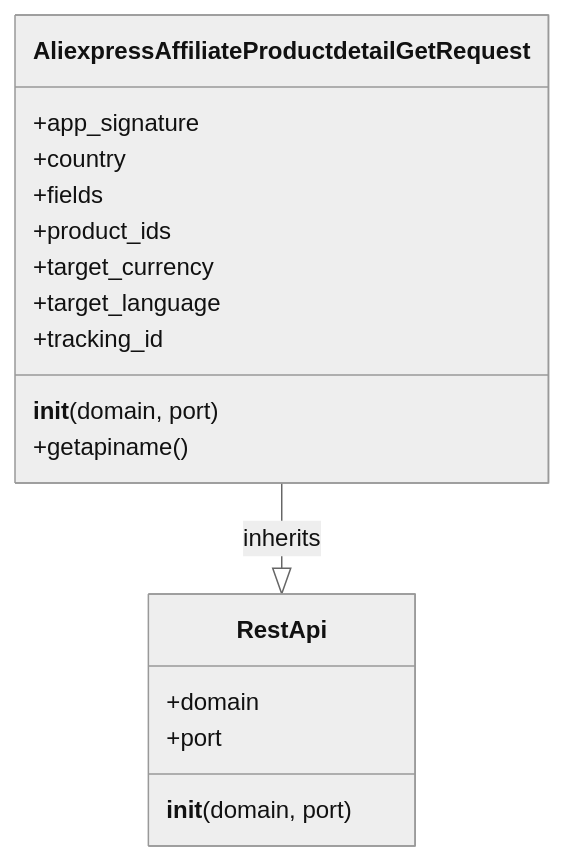
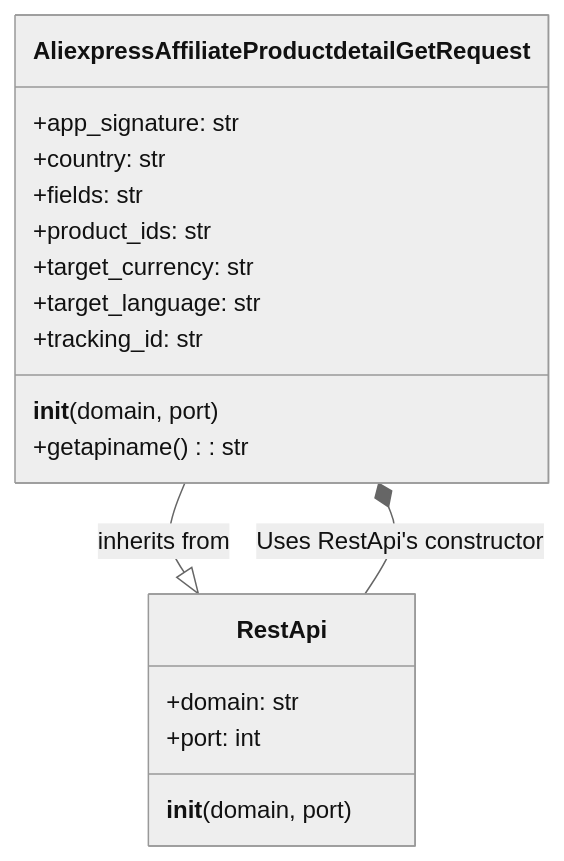
The diagram in docs/gemini/ru/explainer/src/suppliers/aliexpress/api/_examples/rest/AliexpressAffiliateProductdetailGetRequest.py.md (hypo69/hypo), drawn with Mermaid (neutral theme) before and after one commit. The commit also changed other lines of this file and 223 other files, not shown here.

````diff
--- a/docs/gemini/ru/explainer/src/suppliers/aliexpress/api/_examples/rest/AliexpressAffiliateProductdetailGetRequest.py.md
+++ b/docs/gemini/ru/explainer/src/suppliers/aliexpress/api/_examples/rest/AliexpressAffiliateProductdetailGetRequest.py.md
@@ -26,20 +17,21 @@
 ```mermaid
 classDiagram
     class RestApi {
-        +domain
-        +port
+        +domain: str
+        +port: int
         __init__(domain, port)
     }
     class AliexpressAffiliateProductdetailGetRequest {
-        +app_signature
-        +country
-        +fields
-        +product_ids
-        +target_currency
-        +target_language
-        +tracking_id
+        +app_signature: str
+        +country: str
+        +fields: str
+        +product_ids: str
+        +target_currency: str
+        +target_language: str
+        +tracking_id: str
         __init__(domain, port)
-        +getapiname()
+        +getapiname(): str
     }
-    AliexpressAffiliateProductdetailGetRequest --|> RestApi : inherits
+    AliexpressAffiliateProductdetailGetRequest --|> RestApi: inherits from
+    AliexpressAffiliateProductdetailGetRequest *-- RestApi: Uses RestApi's constructor
 ```
````
